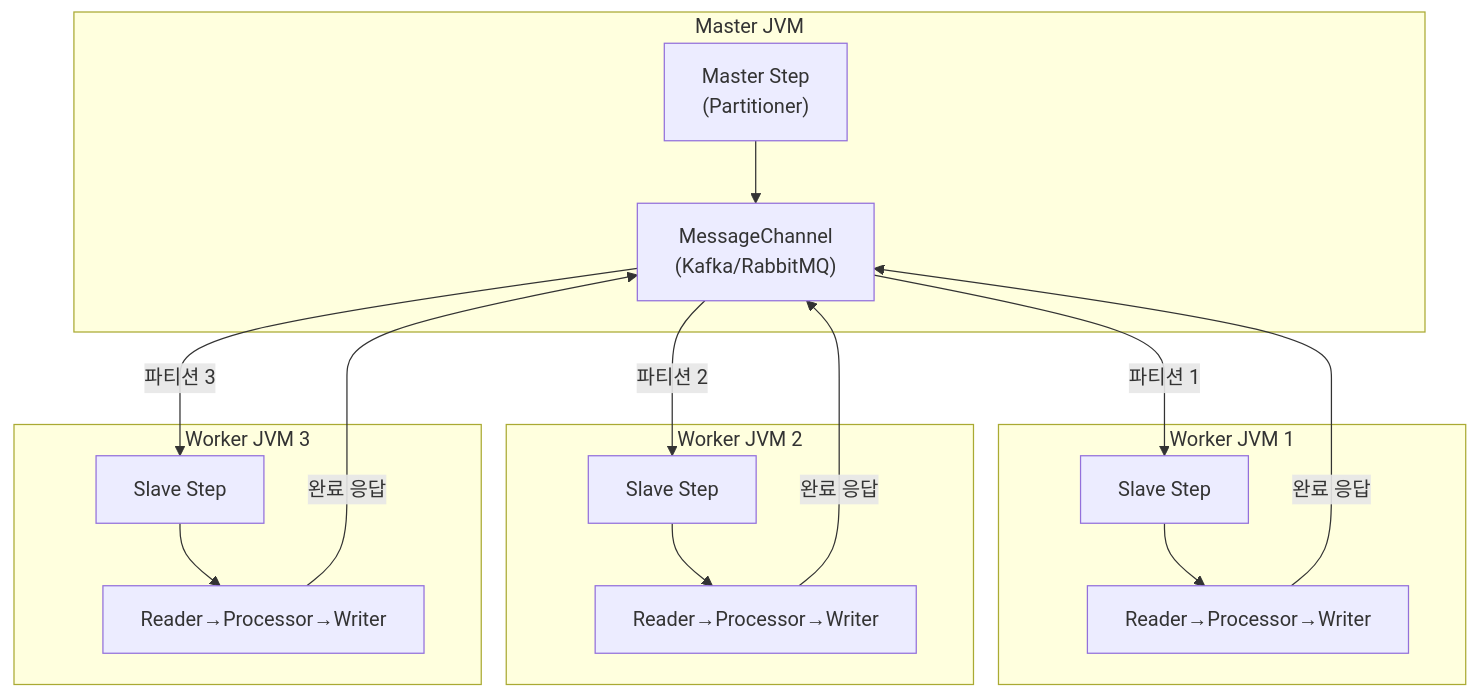
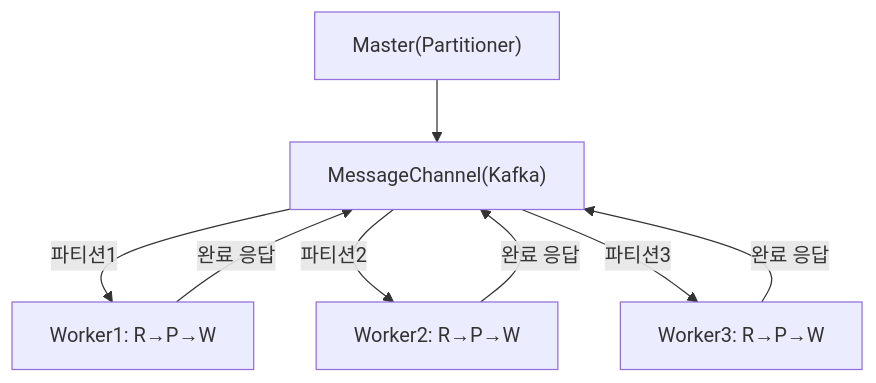
The fourth of 6 diagrams in _posts/batch/2026-05-03-spring-batch-partitioning.md (yjkim2015/yjkim2015.github.io), drawn with Mermaid before and after one commit. The commit also changed other lines of this file and 215 other files, not shown here.

First line of the commit message:
신규 포스트 10개 추가 + Mermaid 전면 축소 + SystemDesign 시리즈 보강

````diff
--- a/_posts/batch/2026-05-03-spring-batch-partitioning.md
+++ b/_posts/batch/2026-05-03-spring-batch-partitioning.md
@@ -307,25 +304,8 @@
 ```mermaid
 flowchart TD
-    subgraph "Master JVM"
-        A["Master Step\n(Partitioner)"] --> B["MessageChannel\n(Kafka/RabbitMQ)"]
-    end
-
-    subgraph "Worker JVM 1"
-        B -->|"파티션 1"| C["Slave Step"]
-        C --> D["Reader→Processor→Writer"]
-    end
-
-    subgraph "Worker JVM 2"
-        B -->|"파티션 2"| E["Slave Step"]
-        E --> F["Reader→Processor→Writer"]
-    end
-
-    subgraph "Worker JVM 3"
-        B -->|"파티션 3"| G["Slave Step"]
-        G --> H["Reader→Processor→Writer"]
-    end
-
-    D -->|"완료 응답"| B
-    F -->|"완료 응답"| B
-    H -->|"완료 응답"| B
+    A["Master(Partitioner)"] --> B["MessageChannel(Kafka)"]
+    B -->|파티션1| C["Worker1: R→P→W"]
+    B -->|파티션2| D["Worker2: R→P→W"]
+    B -->|파티션3| E["Worker3: R→P→W"]
+    C & D & E -->|완료 응답| B
 ```
````
